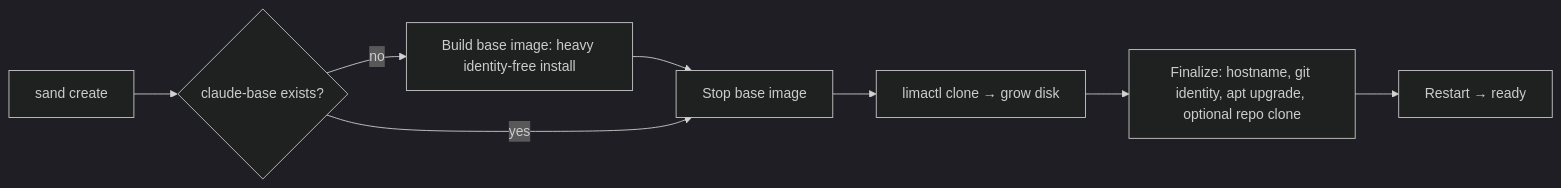
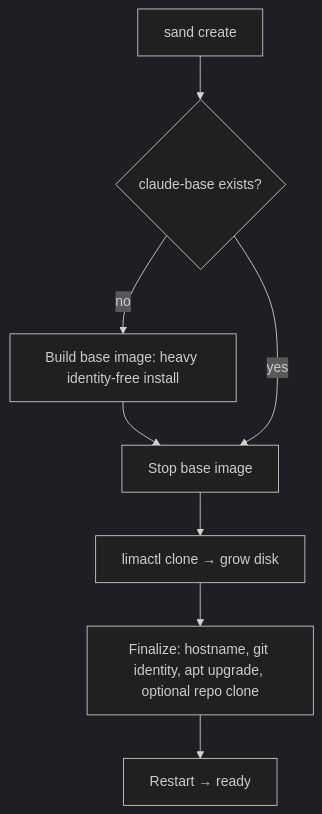
Before and after one commit to Lullabot/sandbar: the diagram in docs/getting-started/how-it-works.md, drawn with Mermaid (dark theme). The commit also changed other lines of this file and 2 other files, not shown here.

First line of the commit message:
docs: split Available Tools into its own page; make the flow diagram vertical

````diff
--- a/docs/getting-started/how-it-works.md
+++ b/docs/getting-started/how-it-works.md
@@ -6,10 +6,10 @@
 ```mermaid
-graph LR
+graph TD
     A[sand create] --> B{claude-base exists?}
     B -- no --> C[Build base image: heavy identity-free install]
     C --> D[Stop base image]
     B -- yes --> D
     D --> E[limactl clone → grow disk]
     E --> F[Finalize: hostname, git identity, apt upgrade, optional repo clone]
     F --> G[Restart → ready]
 ```
````
